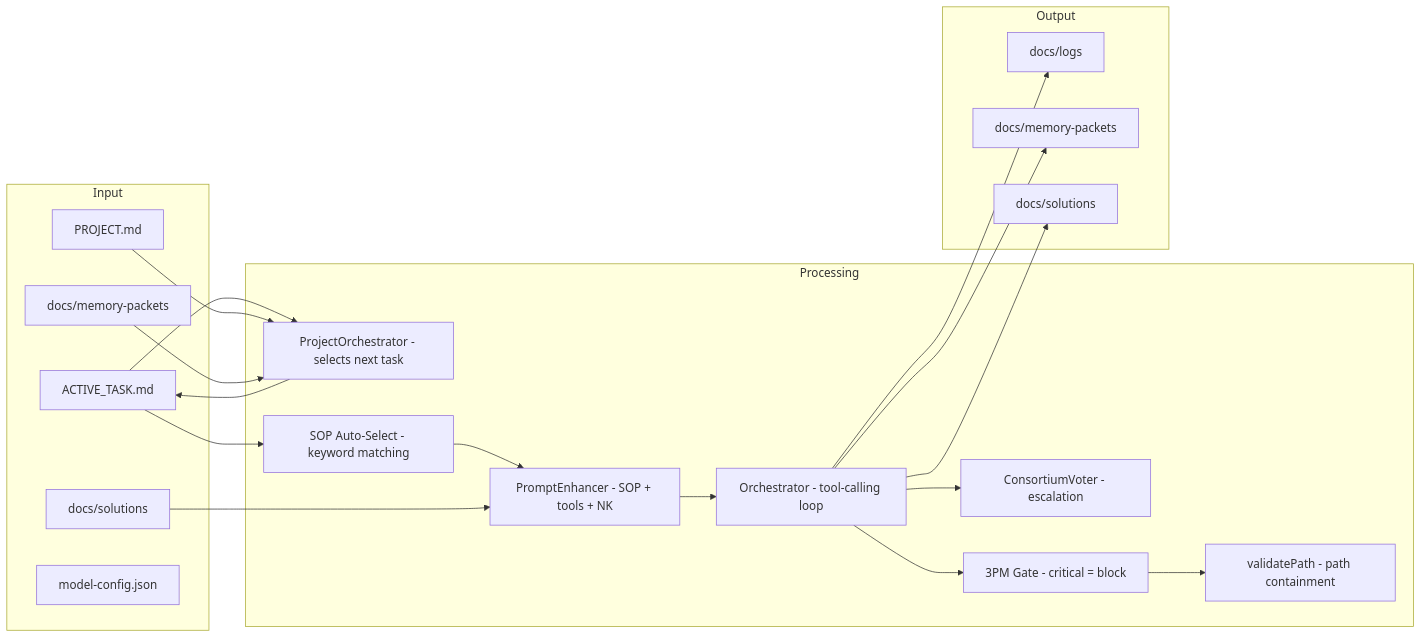
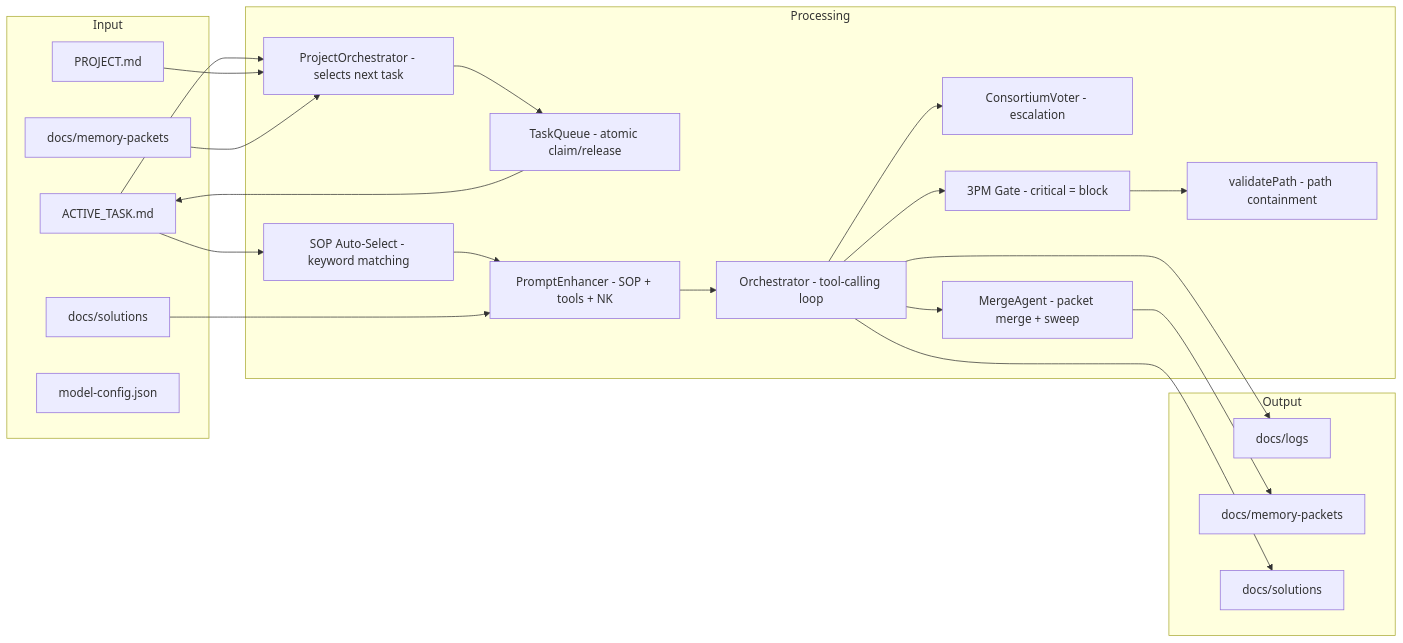
The second of 3 diagrams in lifecycle/project-summary.md (Cameron-Fulton/eba), drawn with Mermaid before and after one commit. The commit also changed other lines of this file and 13 other files, not shown here.

````diff
--- a/lifecycle/project-summary.md
+++ b/lifecycle/project-summary.md
@@ -182,39 +187,42 @@
 ```mermaid
 flowchart LR
     subgraph Input
         TASK[ACTIVE_TASK.md]
         PROJECT[PROJECT.md]
         SOLUTIONS[docs/solutions]
         PACKETS[docs/memory-packets]
         CONFIG[model-config.json]
     end
 
     subgraph Processing
         PO[ProjectOrchestrator - selects next task]
+        TQ[TaskQueue - atomic claim/release]
         SOP_SEL[SOP Auto-Select - keyword matching]
         PE[PromptEnhancer - SOP + tools + NK]
         ORCH[Orchestrator - tool-calling loop]
         VALIDATE[validatePath - path containment]
         CV[ConsortiumVoter - escalation]
         TPM[3PM Gate - critical = block]
+        MA[MergeAgent - packet merge + sweep]
     end
 
     subgraph Output
         LOGS[docs/logs]
         NEW_PACKETS[docs/memory-packets]
         NEW_NK[docs/solutions]
     end
 
     TASK --> PO
     PROJECT --> PO
     PACKETS --> PO
-    PO --> TASK
+    PO --> TQ
+    TQ --> TASK
     TASK --> SOP_SEL --> PE
     SOLUTIONS --> PE
     PE --> ORCH
     ORCH --> TPM --> VALIDATE
     ORCH --> CV
     ORCH --> LOGS
     ORCH --> NEW_NK
-    ORCH --> NEW_PACKETS
+    ORCH --> MA --> NEW_PACKETS
 ```
````
